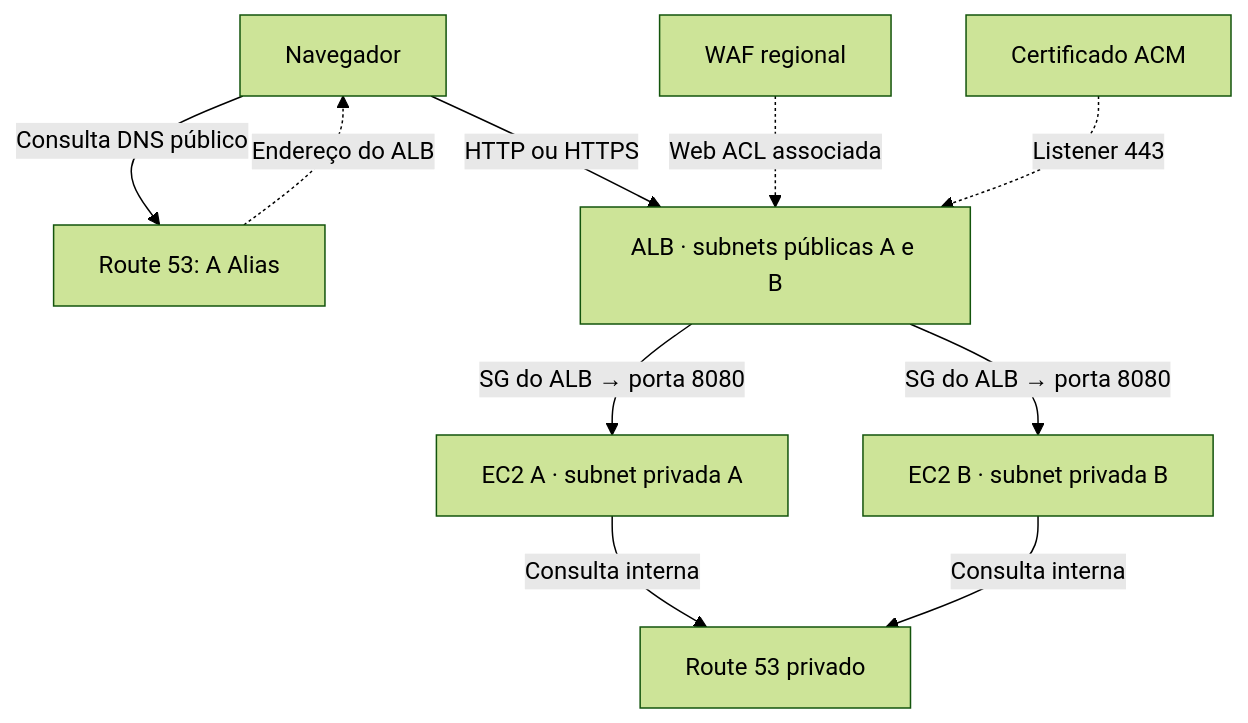
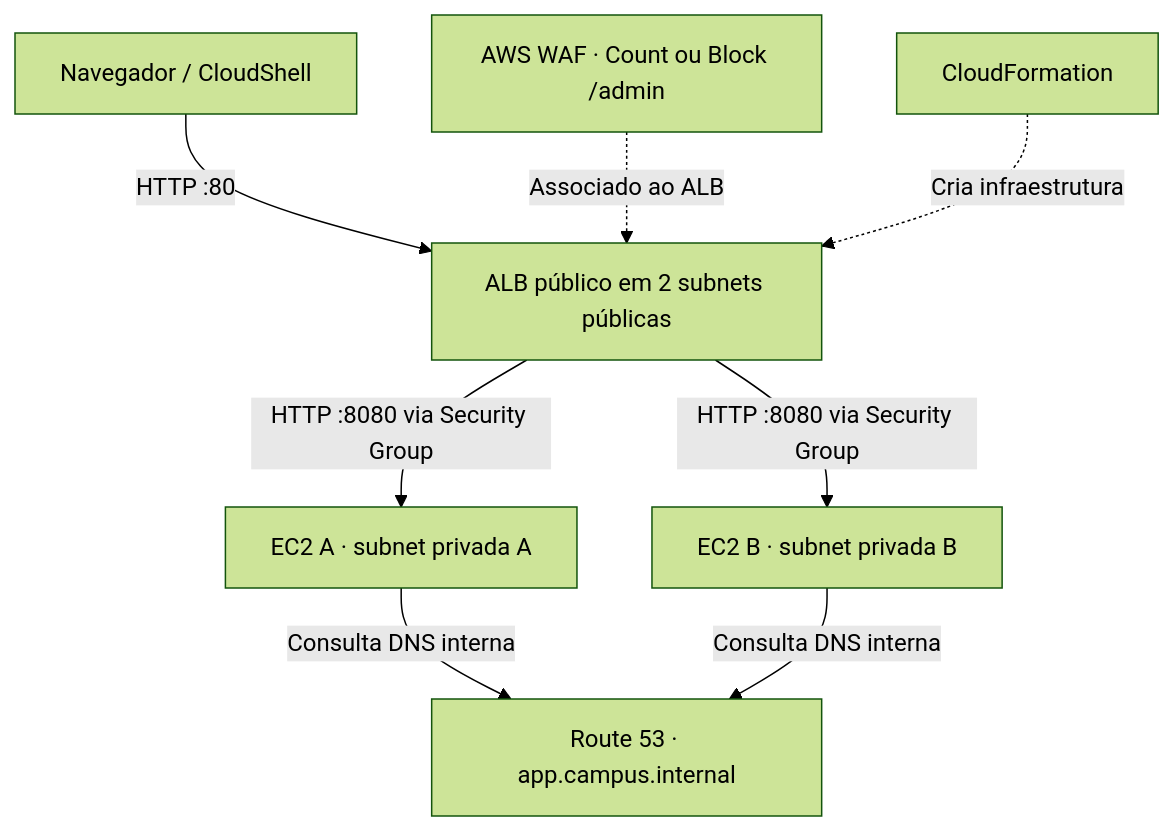
One commit to Irandisilvaa/campus-cloud-lab changed the diagram in README.md. Above: the diagram before and after it, drawn with Mermaid (forest theme). The commit also changed other lines of this file and 6 other files, not shown here.

````diff
--- a/README.md
+++ b/README.md
@@ -57,12 +28,10 @@
 ```mermaid
 flowchart TD
-  U["Navegador"] -->|"Consulta DNS público"| D["Route 53: A Alias"]
-  D -. "Endereço do ALB" .-> U
-  U -->|"HTTP ou HTTPS"| L["ALB · subnets públicas A e B"]
-  W["WAF regional"] -. "Web ACL associada" .-> L
-  C["Certificado ACM"] -. "Listener 443" .-> L
-  L -->|"SG do ALB → porta 8080"| A["EC2 A · subnet privada A"]
-  L -->|"SG do ALB → porta 8080"| B["EC2 B · subnet privada B"]
-  A -->|"Consulta interna"| P["Route 53 privado"]
-  B -->|"Consulta interna"| P
+  U["Navegador / CloudShell"] -->|"HTTP :80"| L["ALB público em 2 subnets públicas"]
+  W["AWS WAF · Count ou Block /admin"] -. "Associado ao ALB" .-> L
+  L -->|"HTTP :8080 via Security Group"| A["EC2 A · subnet privada A"]
+  L -->|"HTTP :8080 via Security Group"| B["EC2 B · subnet privada B"]
+  A -->|"Consulta DNS interna"| P["Route 53 · app.campus.internal"]
+  B -->|"Consulta DNS interna"| P
+  C["CloudFormation"] -. "Cria infraestrutura" .-> L
 ```
````
